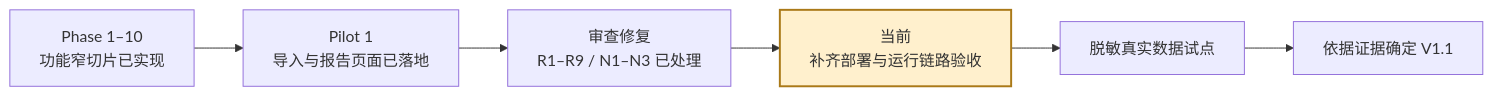
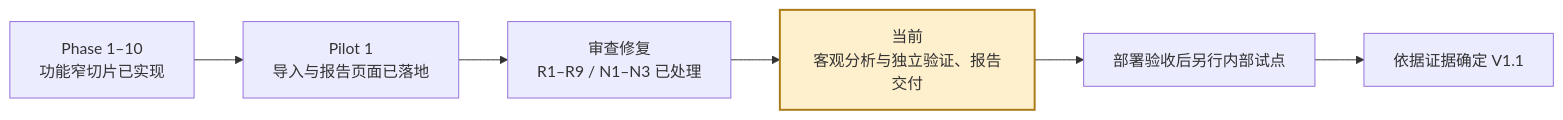
One commit to davyzhong/FLOW changed the sixth of 6 diagrams in README.md. Above: the diagram before and after it, drawn with Mermaid. The commit also changed other lines of this file and 23 other files, not shown here.

````diff
--- a/README.md
+++ b/README.md
@@ -478,9 +478,9 @@
 ```mermaid
 flowchart LR
     A[Phase 1–10<br/>功能窄切片已实现] --> B[Pilot 1<br/>导入与报告页面已落地]
     B --> C[审查修复<br/>R1–R9 / N1–N3 已处理]
-    C --> D[当前<br/>补齐部署与运行链路验收]
-    D --> E[脱敏真实数据试点]
+    C --> D[当前<br/>客观分析与独立验证、报告交付]
+    D --> E[部署验收后另行内部试点]
     E --> F[依据证据确定 V1.1]
     style D fill:#fff0cd,stroke:#aa7918,stroke-width:2px
 ```
````
